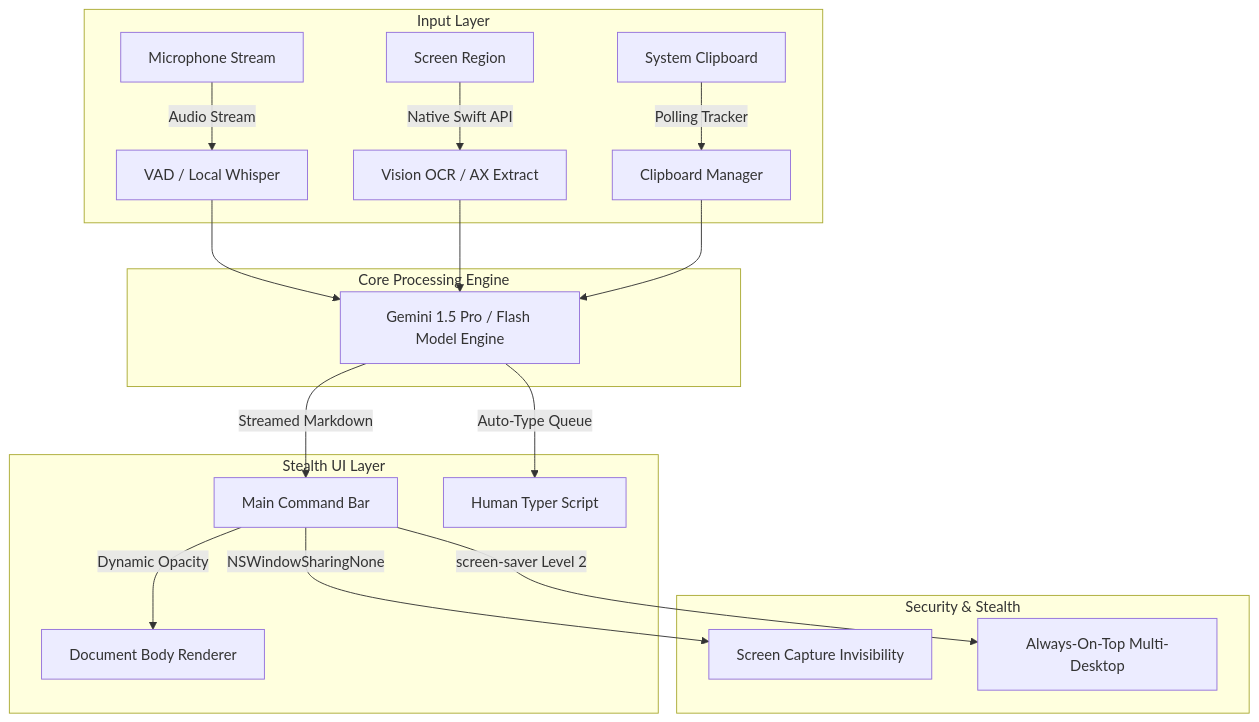
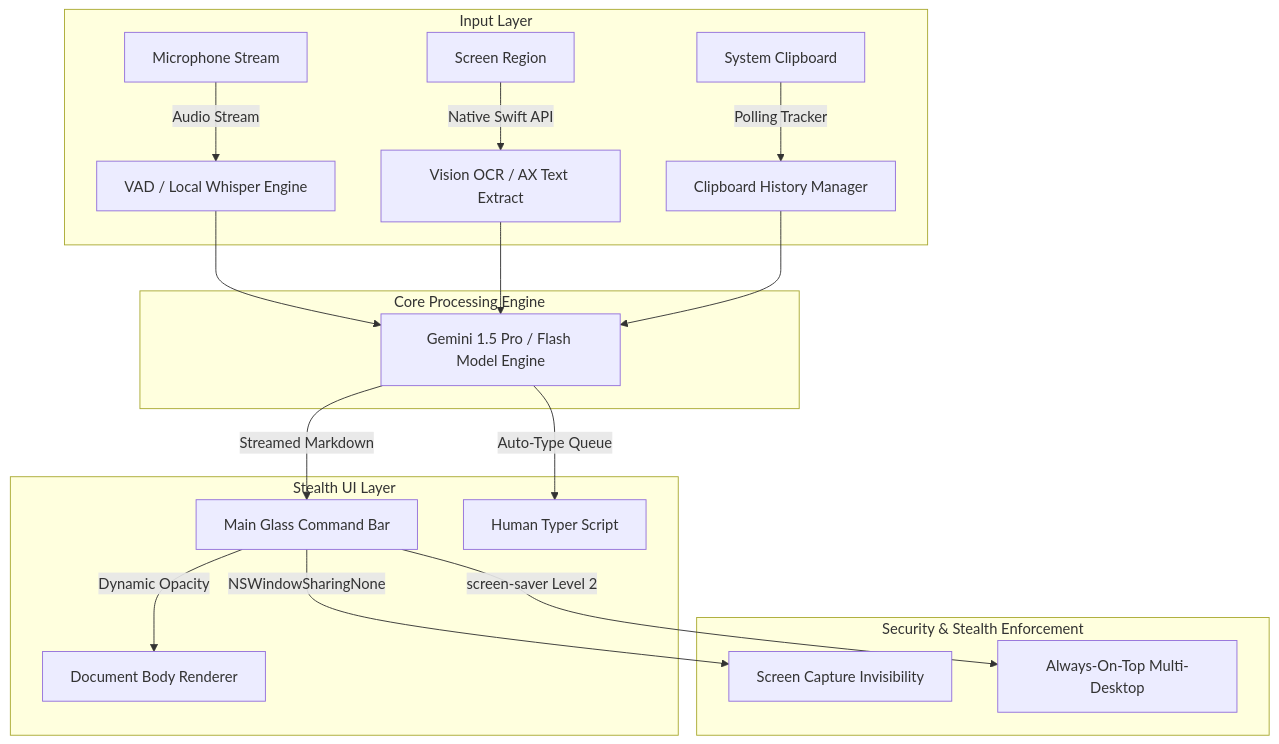
Before and after one commit to TechyCSR/OpenCluely: the first of 3 diagrams in FEATURE_SHOWCASE.md, drawn with Mermaid. The commit also changed other lines of this file, not shown here.

Commit message:
docs(showcase): add UI/UX wireframes, expandable technical specs, state diagrams, and sequence flows

````diff
--- a/FEATURE_SHOWCASE.md
+++ b/FEATURE_SHOWCASE.md
@@ -20,25 +21,25 @@
 ```mermaid
 flowchart TD
     subgraph Input Layer
-        A[Microphone Stream] -->|Audio Stream| VAD[VAD / Local Whisper]
-        B[Screen Region] -->|Native Swift API| OCR[Vision OCR / AX Extract]
-        C[System Clipboard] -->|Polling Tracker| CLIP[Clipboard Manager]
+        A[Microphone Stream] -->|Audio Stream| VAD[VAD / Local Whisper Engine]
+        B[Screen Region] -->|Native Swift API| OCR[Vision OCR / AX Text Extract]
+        C[System Clipboard] -->|Polling Tracker| CLIP[Clipboard History Manager]
     end
 
     subgraph Core Processing Engine
         VAD --> LLM[Gemini 1.5 Pro / Flash Model Engine]
         OCR --> LLM
         CLIP --> LLM
     end
 
     subgraph Stealth UI Layer
-        LLM -->|Streamed Markdown| UI[Main Command Bar]
+        LLM -->|Streamed Markdown| UI[Main Glass Command Bar]
         LLM -->|Auto-Type Queue| TYPER[Human Typer Script]
         UI -->|Dynamic Opacity| BODY[Document Body Renderer]
     end
 
-    subgraph Security & Stealth
+    subgraph Security & Stealth Enforcement
         UI -->|NSWindowSharingNone| PROTECT[Screen Capture Invisibility]
         UI -->|screen-saver Level 2| TOP[Always-On-Top Multi-Desktop]
     end
 ```
````
